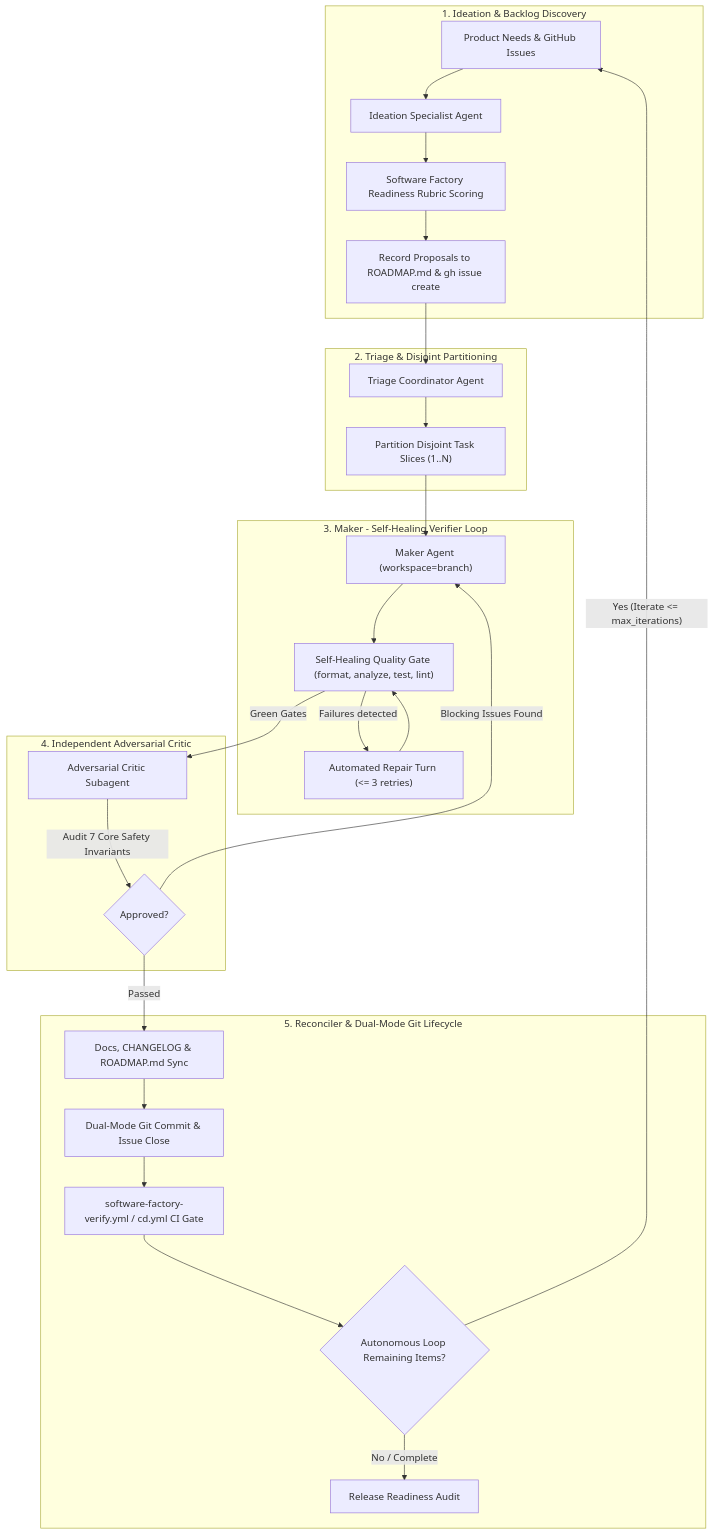
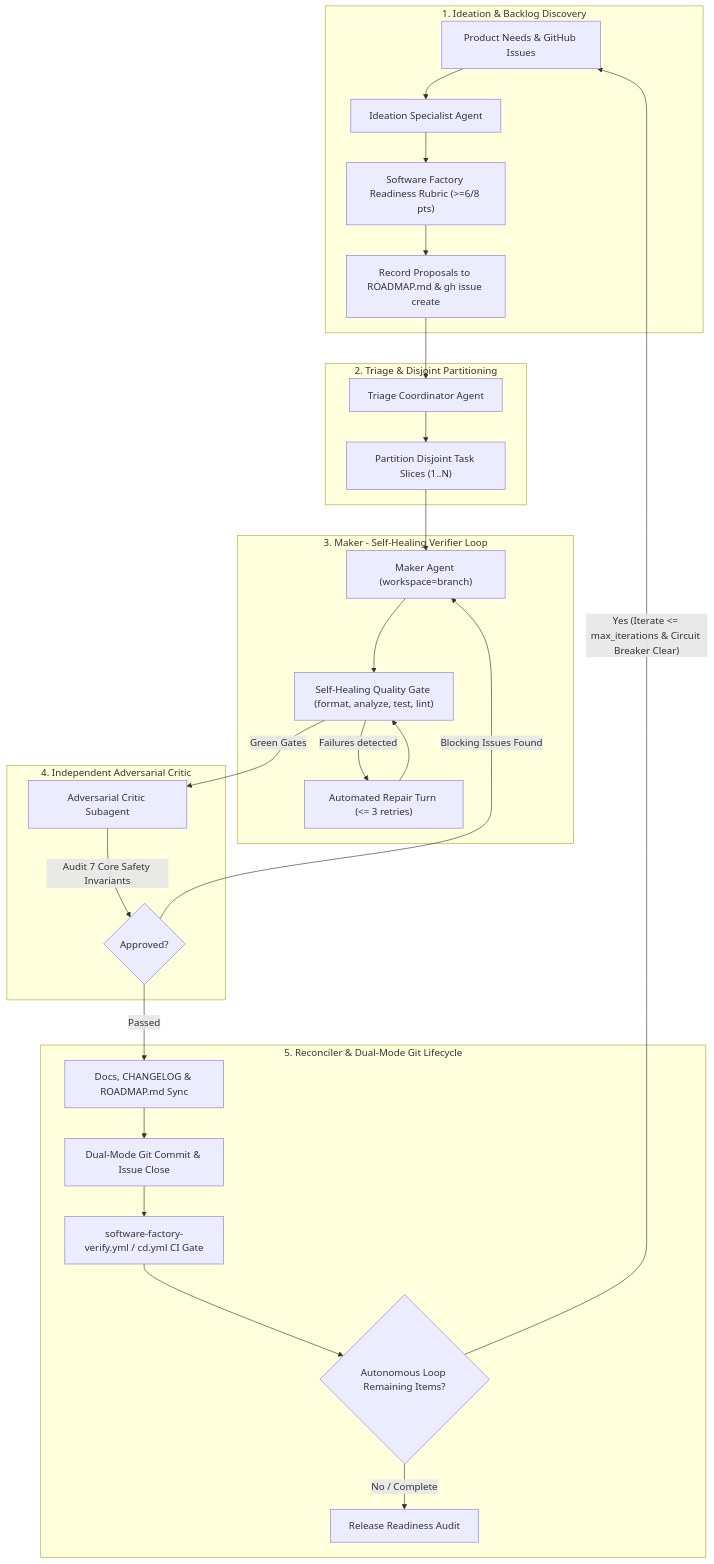
The first of 2 diagrams in docs/software-factory.md (CIInc/robinhood-options-mobile), drawn with Mermaid before and after one commit. The commit also changed other lines of this file and 3 other files, not shown here.

Commit message:
feat(software-factory): add run state recovery, circuit breaker, test mapping, and operational runbook

````diff
--- a/docs/software-factory.md
+++ b/docs/software-factory.md
@@ -11,35 +11,35 @@
 ```mermaid
 flowchart TD
     subgraph IdeationPhase["1. Ideation & Backlog Discovery"]
         A["Product Needs & GitHub Issues"] --> B["Ideation Specialist Agent"]
-        B --> C["Software Factory Readiness Rubric Scoring"]
+        B --> C["Software Factory Readiness Rubric (>=6/8 pts)"]
         C --> D["Record Proposals to ROADMAP.md & gh issue create"]
     end
 
     subgraph TriagePhase["2. Triage & Disjoint Partitioning"]
         D --> E["Triage Coordinator Agent"]
         E --> F["Partition Disjoint Task Slices (1..N)"]
     end
 
     subgraph MakerLoop["3. Maker - Self-Healing Verifier Loop"]
         F --> G["Maker Agent (workspace=branch)"]
         G --> H["Self-Healing Quality Gate (format, analyze, test, lint)"]
         H -- "Failures detected" --> I["Automated Repair Turn (<= 3 retries)"]
         I --> H
     end
 
     subgraph CriticPhase["4. Independent Adversarial Critic"]
         H -- "Green Gates" --> J["Adversarial Critic Subagent"]
         J -- "Audit 7 Core Safety Invariants" --> K{"Approved?"}
         K -- "Blocking Issues Found" --> G
     end
 
     subgraph ReconcilePhase["5. Reconciler & Dual-Mode Git Lifecycle"]
         K -- "Passed" --> L["Docs, CHANGELOG & ROADMAP.md Sync"]
         L --> M["Dual-Mode Git Commit & Issue Close"]
         M --> N["software-factory-verify.yml / cd.yml CI Gate"]
         N --> O{"Autonomous Loop Remaining Items?"}
-        O -- "Yes (Iterate <= max_iterations)" --> A
+        O -- "Yes (Iterate <= max_iterations & Circuit Breaker Clear)" --> A
         O -- "No / Complete" --> P["Release Readiness Audit"]
     end
 ```
````
